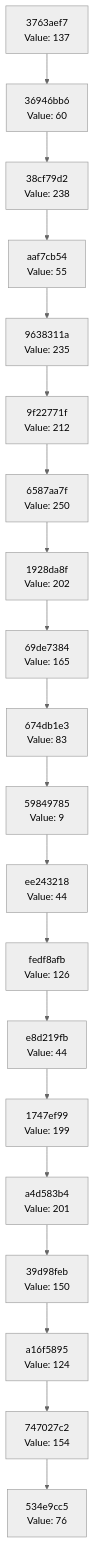
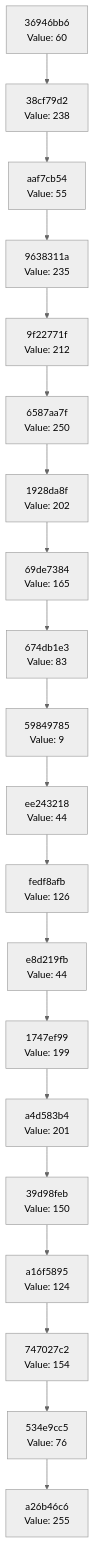
The diagram in docs/CHAIN_VISUALIZATION.md (Abhisheksinha1506/hash-chain-evolver), drawn with Mermaid (neutral theme) before and after one commit. The commit also changed 2 other files, not shown here.

Commit message:
Evolution step: hash 0xFF → action executed

````diff
--- a/docs/CHAIN_VISUALIZATION.md
+++ b/docs/CHAIN_VISUALIZATION.md
@@ -3,42 +3,42 @@
 ```mermaid
 graph TD
-    C0["534e9cc5<br/>Value: 76"]
-    C1["747027c2<br/>Value: 154"]
+    C0["a26b46c6<br/>Value: 255"]
+    C1["534e9cc5<br/>Value: 76"]
     C1 --> C0
-    C2["a16f5895<br/>Value: 124"]
+    C2["747027c2<br/>Value: 154"]
     C2 --> C1
-    C3["39d98feb<br/>Value: 150"]
+    C3["a16f5895<br/>Value: 124"]
     C3 --> C2
-    C4["a4d583b4<br/>Value: 201"]
+    C4["39d98feb<br/>Value: 150"]
     C4 --> C3
-    C5["1747ef99<br/>Value: 199"]
+    C5["a4d583b4<br/>Value: 201"]
     C5 --> C4
-    C6["e8d219fb<br/>Value: 44"]
+    C6["1747ef99<br/>Value: 199"]
     C6 --> C5
-    C7["fedf8afb<br/>Value: 126"]
+    C7["e8d219fb<br/>Value: 44"]
     C7 --> C6
-    C8["ee243218<br/>Value: 44"]
+    C8["fedf8afb<br/>Value: 126"]
     C8 --> C7
-    C9["59849785<br/>Value: 9"]
+    C9["ee243218<br/>Value: 44"]
     C9 --> C8
-    C10["674db1e3<br/>Value: 83"]
+    C10["59849785<br/>Value: 9"]
     C10 --> C9
-    C11["69de7384<br/>Value: 165"]
+    C11["674db1e3<br/>Value: 83"]
     C11 --> C10
-    C12["1928da8f<br/>Value: 202"]
+    C12["69de7384<br/>Value: 165"]
     C12 --> C11
-    C13["6587aa7f<br/>Value: 250"]
+    C13["1928da8f<br/>Value: 202"]
     C13 --> C12
-    C14["9f22771f<br/>Value: 212"]
+    C14["6587aa7f<br/>Value: 250"]
     C14 --> C13
-    C15["9638311a<br/>Value: 235"]
+    C15["9f22771f<br/>Value: 212"]
     C15 --> C14
-    C16["aaf7cb54<br/>Value: 55"]
+    C16["9638311a<br/>Value: 235"]
     C16 --> C15
-    C17["38cf79d2<br/>Value: 238"]
+    C17["aaf7cb54<br/>Value: 55"]
     C17 --> C16
-    C18["36946bb6<br/>Value: 60"]
+    C18["38cf79d2<br/>Value: 238"]
     C18 --> C17
-    C19["3763aef7<br/>Value: 137"]
+    C19["36946bb6<br/>Value: 60"]
     C19 --> C18
 ```
````
